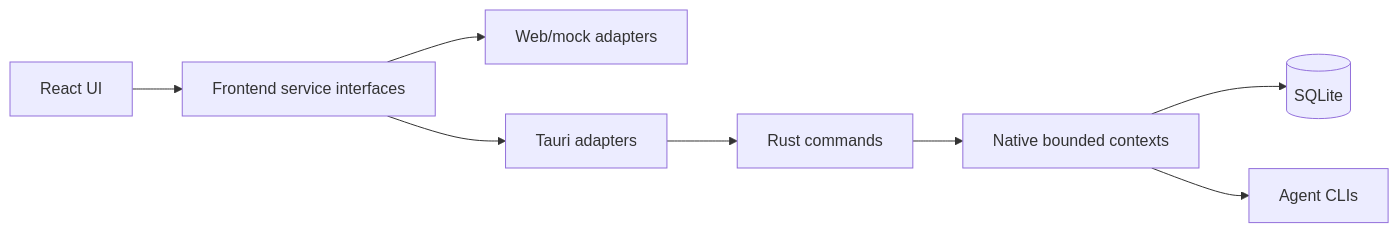
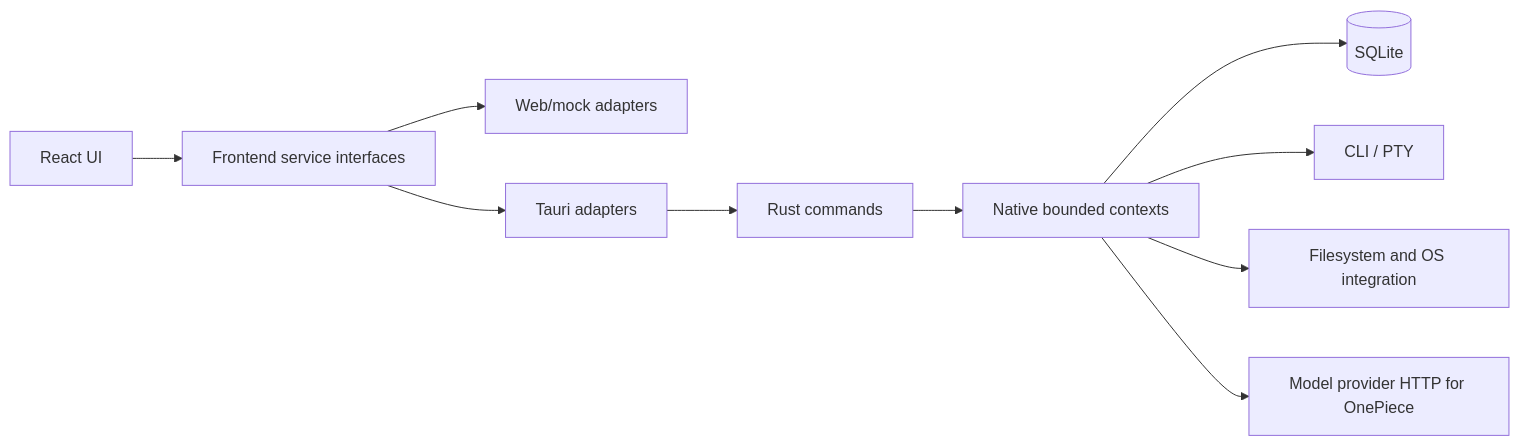
One commit to cdavid817/vanehub-ai changed the diagram in README.md. Above: the diagram before and after it, drawn with Mermaid. The commit also changed other lines of this file and 80 other files, not shown here.

````diff
--- a/README.md
+++ b/README.md
@@ -118,10 +160,12 @@
 ```mermaid
 flowchart LR
   UI[React UI] --> Service[Frontend service interfaces]
   Service --> Web[Web/mock adapters]
   Service --> Tauri[Tauri adapters]
   Tauri --> Commands[Rust commands]
   Commands --> Contexts[Native bounded contexts]
   Contexts --> SQLite[(SQLite)]
-  Contexts --> CLI[Agent CLIs]
+  Contexts --> CLI[CLI / PTY]
+  Contexts --> FS[Filesystem and OS integration]
+  Contexts --> HTTP[Model provider HTTP for OnePiece]
 ```
````
